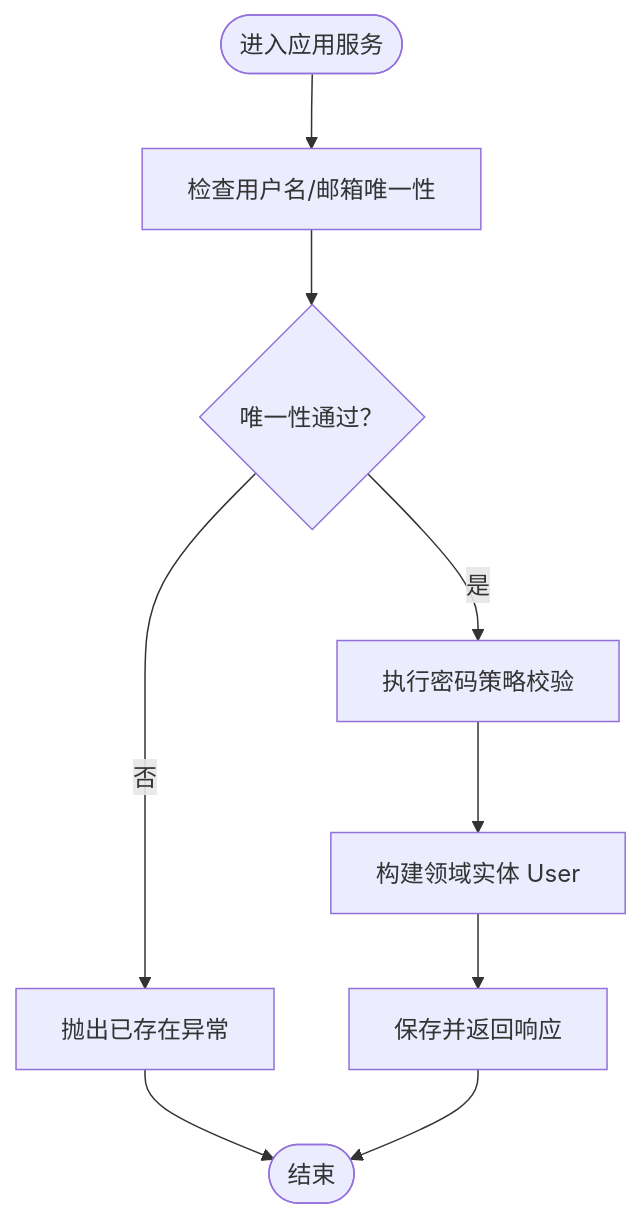
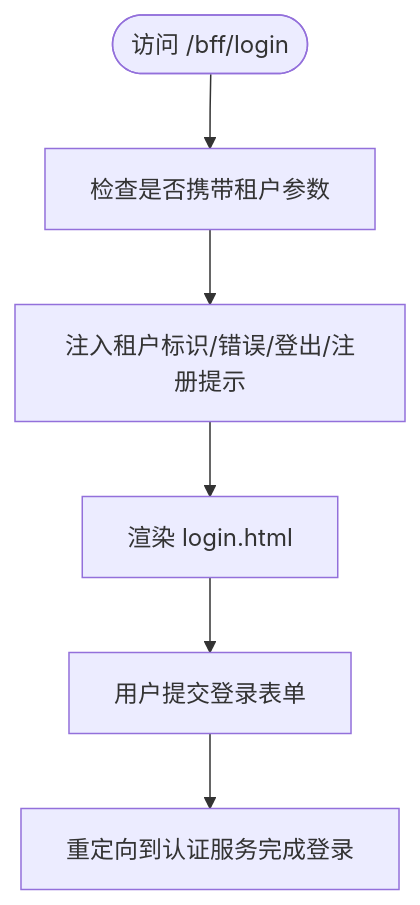
One commit to fq0121104930716/iam-platform changed the sixth of 8 diagrams in .qoder/repowiki/zh/content/项目概述/项目概述.md. Above: the diagram before and after it, drawn with Mermaid. The commit also changed other lines of this file and 222 other files, not shown here.

````diff
--- a/.qoder/repowiki/zh/content/项目概述/项目概述.md
+++ b/.qoder/repowiki/zh/content/项目概述/项目概述.md
@@ -171,11 +274,8 @@
 ```mermaid
 flowchart TD
-Start(["进入应用服务"]) --> CheckUnique["检查用户名/邮箱唯一性"]
-CheckUnique --> UniqueOK{"唯一性通过？"}
-UniqueOK --> |否| ThrowExist["抛出已存在异常"]
-UniqueOK --> |是| Policy["执行密码策略校验"]
-Policy --> BuildUser["构建领域实体 User"]
-BuildUser --> Save["保存并返回响应"]
-ThrowExist --> End(["结束"])
-Save --> End
+Start(["访问 /bff/login"]) --> CheckTenant["检查是否携带租户参数"]
+CheckTenant --> AddModel["注入租户标识/错误/登出/注册提示"]
+AddModel --> Render["渲染 login.html"]
+Render --> Submit["用户提交登录表单"]
+Submit --> Redirect["重定向到认证服务完成登录"]
 ```
````
